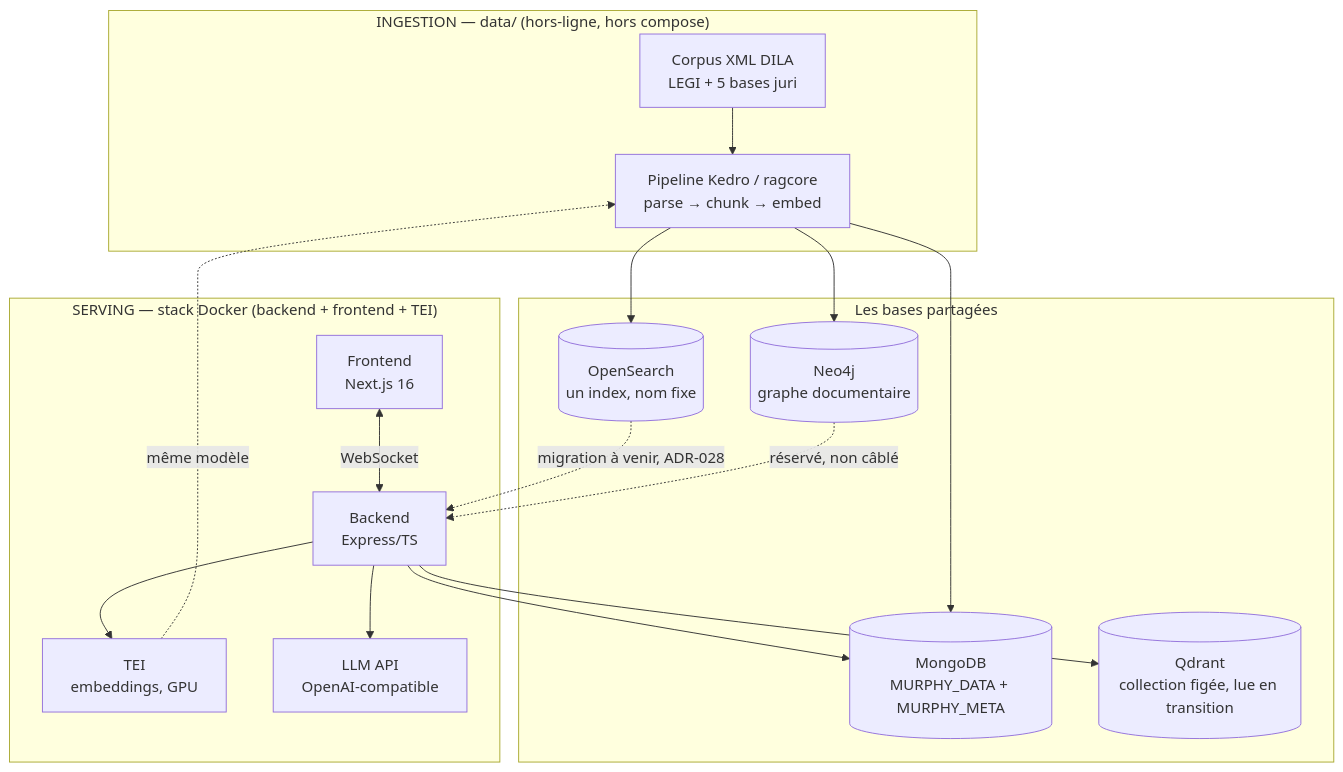
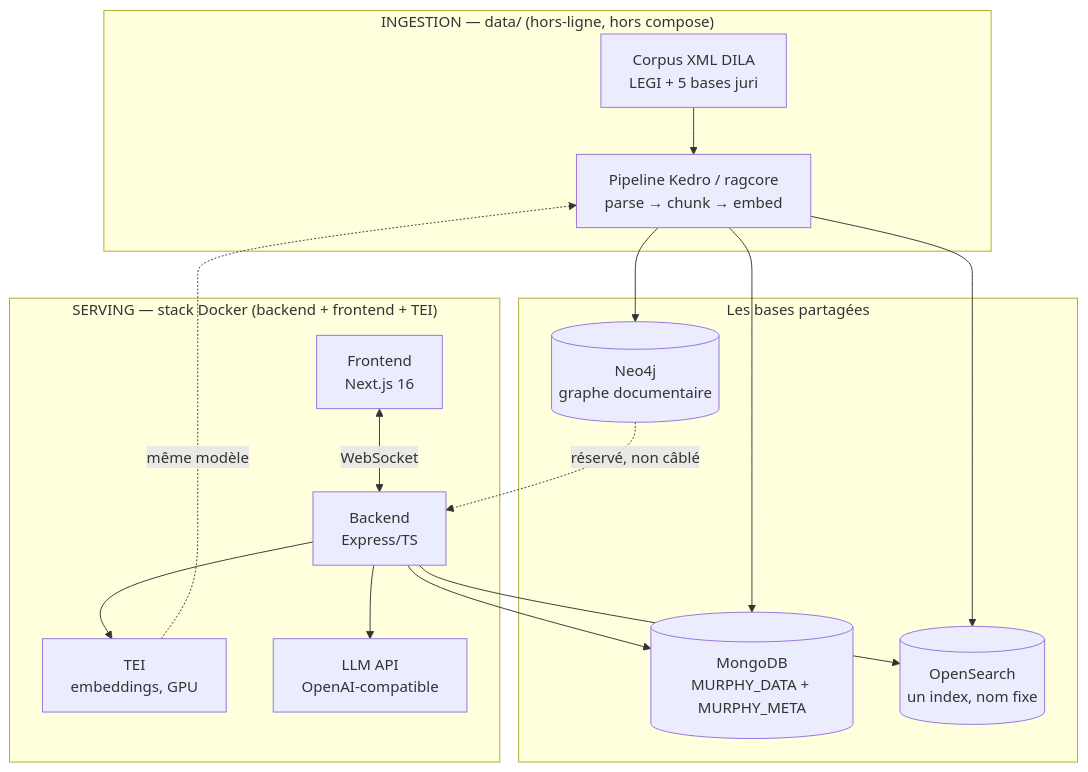
Before and after one commit to nmoutou/murphy: the diagram in docs/technical/ARCHITECTURE.md, drawn with Mermaid. The commit also changed other lines of this file and 11 other files, not shown here.

First line of the commit message:
docs: le backend lit OpenSearch, Qdrant quitte la stack

````diff
--- a/docs/technical/ARCHITECTURE.md
+++ b/docs/technical/ARCHITECTURE.md
@@ -18,25 +18,23 @@
 ```mermaid
 flowchart TB
     subgraph ingestion ["INGESTION — data/ (hors-ligne, hors compose)"]
         XML[Corpus XML DILA<br>LEGI + 5 bases juri] --> Kedro[Pipeline Kedro / ragcore<br>parse → chunk → embed]
     end
 
     subgraph stores ["Les bases partagées"]
         Mongo[(MongoDB<br>MURPHY_DATA + MURPHY_META)]
         OpenSearch[(OpenSearch<br>un index, nom fixe)]
-        Qdrant[(Qdrant<br>collection figée, lue en transition)]
         Neo4j[(Neo4j<br>graphe documentaire)]
     end
 
     subgraph serving ["SERVING — stack Docker (backend + frontend + TEI)"]
         Front[Frontend<br>Next.js 16] <-- WebSocket --> Back[Backend<br>Express/TS]
         Back --> TEI[TEI<br>embeddings, GPU]
         Back --> LLM[LLM API<br>OpenAI-compatible]
     end
 
     Kedro --> Mongo & OpenSearch & Neo4j
     TEI -.->|même modèle| Kedro
-    Back --> Mongo & Qdrant
-    OpenSearch -.->|migration à venir, ADR-028| Back
+    Back --> Mongo & OpenSearch
     Neo4j -.->|réservé, non câblé| Back
 ```
````
